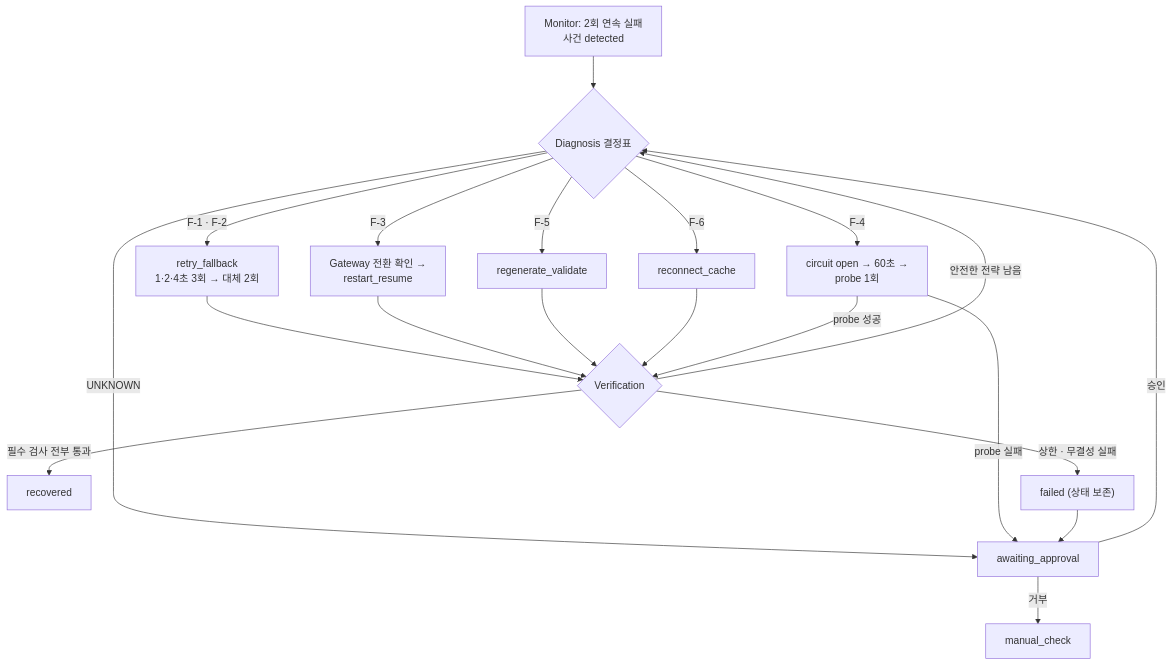
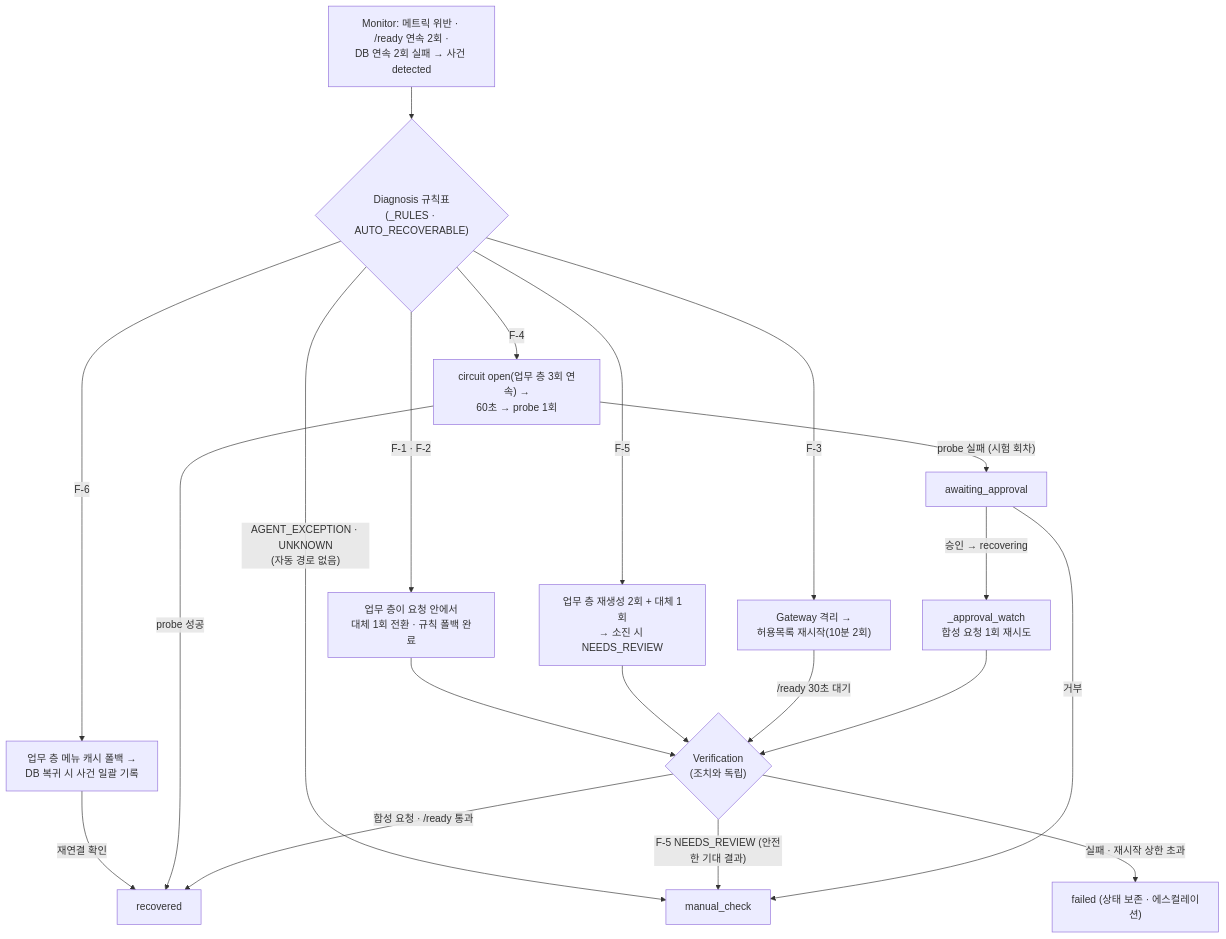
Before and after one commit to 931njhthe-star/moa: the fourth of 7 diagrams in docs/멀티에이전트 아키텍처 설계서.md, drawn with Mermaid. The commit also changed other lines of this file, not shown here.

````diff
--- a/docs/멀티에이전트 아키텍처 설계서.md
+++ b/docs/멀티에이전트 아키텍처 설계서.md
@@ -266,19 +291,20 @@
 ```mermaid
 flowchart TD
-    S["Monitor: 2회 연속 실패<br/>사건 detected"] --> D{"Diagnosis 결정표"}
-    D -->|"F-1 · F-2"| RF["retry_fallback<br/>1·2·4초 3회 → 대체 2회"]
-    D -->|"F-3"| RR["Gateway 전환 확인 →<br/>restart_resume"]
-    D -->|"F-4"| CB["circuit open → 60초 →<br/>probe 1회"]
-    D -->|"F-5"| RV["regenerate_validate"]
-    D -->|"F-6"| RC["reconnect_cache"]
-    D -->|"UNKNOWN"| AP["awaiting_approval"]
-    RF & RR & RV & RC --> V{"Verification"}
-    CB -->|"probe 성공"| V
-    CB -->|"probe 실패"| AP
-    V -->|"필수 검사 전부 통과"| OK["recovered"]
-    V -->|"안전한 전략 남음"| D
-    V -->|"상한 · 무결성 실패"| FAIL["failed (상태 보존)"]
-    FAIL --> AP
-    AP -->|"승인"| D
+    S["Monitor: 메트릭 위반 · /ready 연속 2회 ·<br/>DB 연속 2회 실패 → 사건 detected"] --> D{"Diagnosis 규칙표<br/>(_RULES · AUTO_RECOVERABLE)"}
+    D -->|"F-1 · F-2"| RF["업무 층이 요청 안에서<br/>대체 1회 전환 · 규칙 폴백 완료"]
+    D -->|"F-3"| RR["Gateway 격리 →<br/>허용목록 재시작(10분 2회)"]
+    D -->|"F-4"| CB["circuit open(업무 층 3회 연속) →<br/>60초 → probe 1회"]
+    D -->|"F-5"| RV["업무 층 재생성 2회 + 대체 1회<br/>→ 소진 시 NEEDS_REVIEW"]
+    D -->|"F-6"| RC["업무 층 메뉴 캐시 폴백 →<br/>DB 복귀 시 사건 일괄 기록"]
+    D -->|"AGENT_EXCEPTION · UNKNOWN<br/>(자동 경로 없음)"| MC
+    RF & RV --> V{"Verification<br/>(조치와 독립)"}
+    RR -->|"/ready 30초 대기"| V
+    RC -->|"재연결 확인"| OK
+    CB -->|"probe 성공"| OK
+    CB -->|"probe 실패 (시험 회차)"| AP["awaiting_approval"]
+    V -->|"합성 요청 · /ready 통과"| OK["recovered"]
+    V -->|"F-5 NEEDS_REVIEW (안전한 기대 결과)"| MC
+    V -->|"실패 · 재시작 상한 초과"| FAIL["failed (상태 보존 · 에스컬레이션)"]
+    AP -->|"승인 → recovering"| RT["_approval_watch<br/>합성 요청 1회 재시도"] --> V
     AP -->|"거부"| MC["manual_check"]
 ```
````
